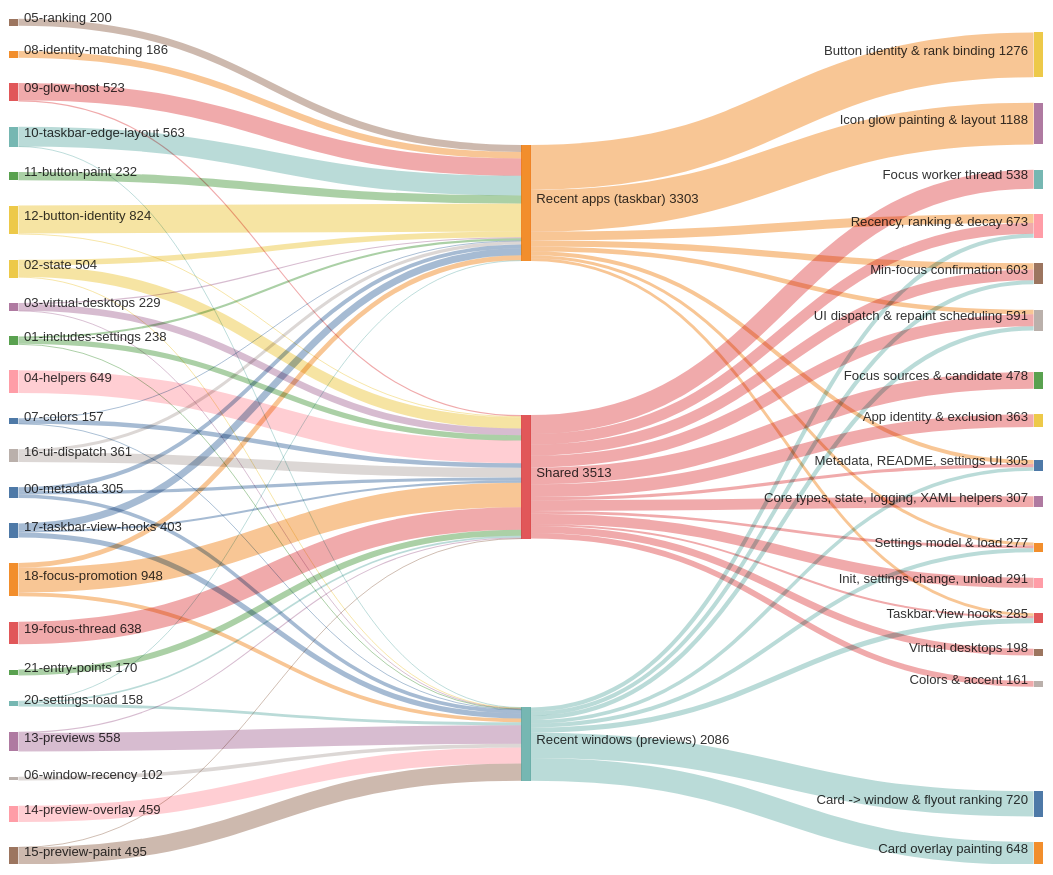
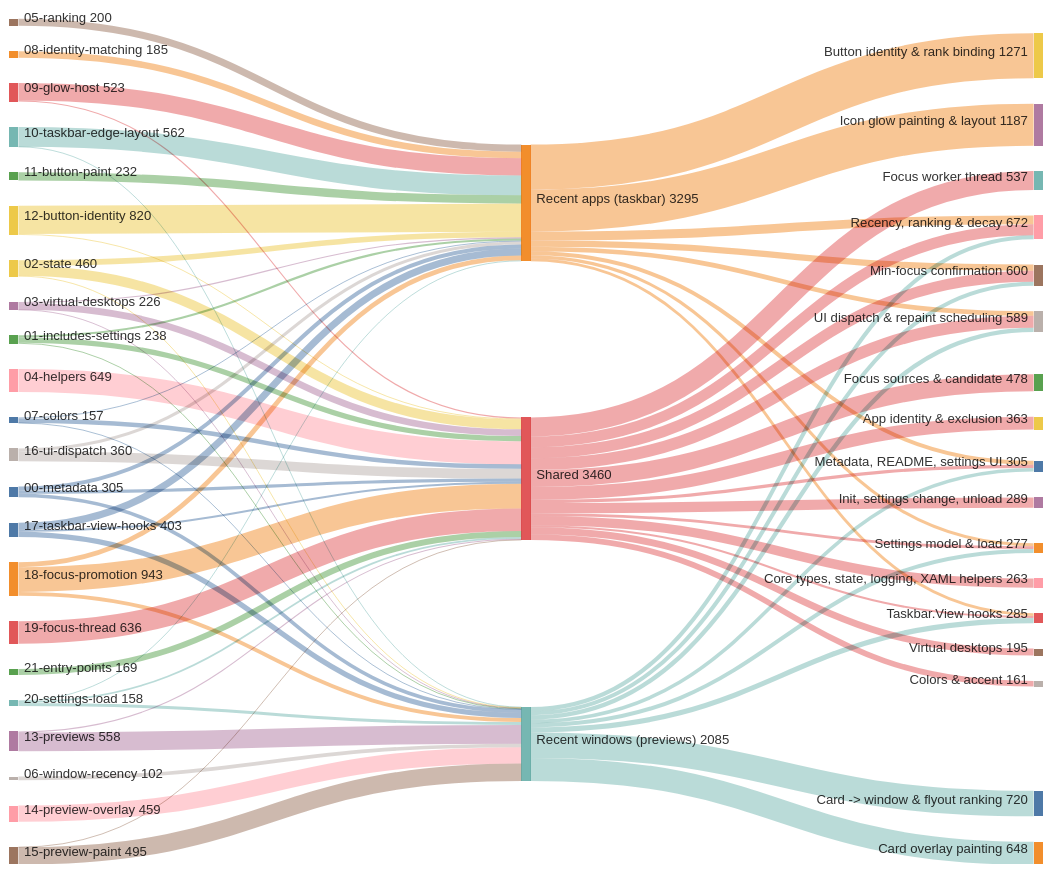
Before and after one commit to jvlasek/taskbar-recent-focus-highlight: the second of 5 diagrams in doc/code/code-breakdown.md, drawn with Mermaid. The commit also changed other lines of this file and 24 other files, not shown here.

````diff
--- a/doc/code/code-breakdown.md
+++ b/doc/code/code-breakdown.md
@@ -44,10 +44,10 @@
 01-includes-settings,"Shared",150
 01-includes-settings,"Recent windows (previews)",28
 02-state,"Recent apps (taskbar)",158
-02-state,"Shared",321
+02-state,"Shared",277
 02-state,"Recent windows (previews)",25
 03-virtual-desktops,"Recent apps (taskbar)",32
-03-virtual-desktops,"Shared",192
+03-virtual-desktops,"Shared",189
 03-virtual-desktops,"Recent windows (previews)",5
 04-helpers,"Shared",649
 05-ranking,"Recent apps (taskbar)",200
@@ -55,49 +55,49 @@
 07-colors,"Recent apps (taskbar)",27
 07-colors,"Shared",128
 07-colors,"Recent windows (previews)",2
-08-identity-matching,"Recent apps (taskbar)",186
+08-identity-matching,"Recent apps (taskbar)",185
 09-glow-host,"Recent apps (taskbar)",490
 09-glow-host,"Shared",33
-10-taskbar-edge-layout,"Recent apps (taskbar)",559
+10-taskbar-edge-layout,"Recent apps (taskbar)",558
 10-taskbar-edge-layout,"Recent windows (previews)",4
 11-button-paint,"Recent apps (taskbar)",232
-12-button-identity,"Recent apps (taskbar)",798
+12-button-identity,"Recent apps (taskbar)",794
 12-button-identity,"Shared",26
 13-previews,"Shared",29
 13-previews,"Recent windows (previews)",529
 14-preview-overlay,"Recent windows (previews)",459
 15-preview-paint,"Shared",4
 15-preview-paint,"Recent windows (previews)",491
-16-ui-dispatch,"Recent apps (taskbar)",87
+16-ui-dispatch,"Recent apps (taskbar)",86
 16-ui-dispatch,"Shared",274
 17-taskbar-view-hooks,"Recent apps (taskbar)",199
 17-taskbar-view-hooks,"Shared",58
 17-taskbar-view-hooks,"Recent windows (previews)",146
-18-focus-promotion,"Recent apps (taskbar)",136
-18-focus-promotion,"Shared",702
-18-focus-promotion,"Recent windows (previews)",110
-19-focus-thread,"Shared",638
+18-focus-promotion,"Recent apps (taskbar)",135
+18-focus-promotion,"Shared",699
+18-focus-promotion,"Recent windows (previews)",109
+19-focus-thread,"Shared",636
 20-settings-load,"Recent apps (taskbar)",26
 20-settings-load,"Shared",49
 20-settings-load,"Recent windows (previews)",83
-21-entry-points,"Shared",170
-"Recent apps (taskbar)","Button identity & rank binding",1276
-"Recent apps (taskbar)","Icon glow painting & layout",1188
+21-entry-points,"Shared",169
+"Recent apps (taskbar)","Button identity & rank binding",1271
+"Recent apps (taskbar)","Icon glow painting & layout",1187
 "Recent apps (taskbar)","Recency, ranking & decay",251
-"Recent apps (taskbar)","Min-focus confirmation",177
-"Recent apps (taskbar)","UI dispatch & repaint scheduling",131
+"Recent apps (taskbar)","Min-focus confirmation",176
+"Recent apps (taskbar)","UI dispatch & repaint scheduling",130
 "Recent apps (taskbar)","Metadata, README, settings UI",113
 "Recent apps (taskbar)","Settings model & load",86
 "Recent apps (taskbar)","Taskbar.View hooks",81
-"Shared","Focus worker thread",538
+"Shared","Focus worker thread",537
 "Shared","Focus sources & candidate",478
 "Shared","App identity & exclusion",363
-"Shared","UI dispatch & repaint scheduling",336
-"Shared","Min-focus confirmation",311
-"Shared","Core types, state, logging, XAML helpers",307
-"Shared","Recency, ranking & decay",306
-"Shared","Init, settings change, unload",291
-"Shared","Virtual desktops",198
+"Shared","UI dispatch & repaint scheduling",335
+"Shared","Min-focus confirmation",310
+"Shared","Recency, ranking & decay",305
+"Shared","Init, settings change, unload",289
+"Shared","Core types, state, logging, XAML helpers",263
+"Shared","Virtual desktops",195
 "Shared","Colors & accent",161
 "Shared","Metadata, README, settings UI",90
 "Shared","Settings model & load",76
@@ -107,7 +107,7 @@
 "Recent windows (previews)","Taskbar.View hooks",146
 "Recent windows (previews)","UI dispatch & repaint scheduling",124
 "Recent windows (previews)","Recency, ranking & decay",116
-"Recent windows (previews)","Min-focus confirmation",115
 "Recent windows (previews)","Settings model & load",115
+"Recent windows (previews)","Min-focus confirmation",114
 "Recent windows (previews)","Metadata, README, settings UI",102
 ```
````
